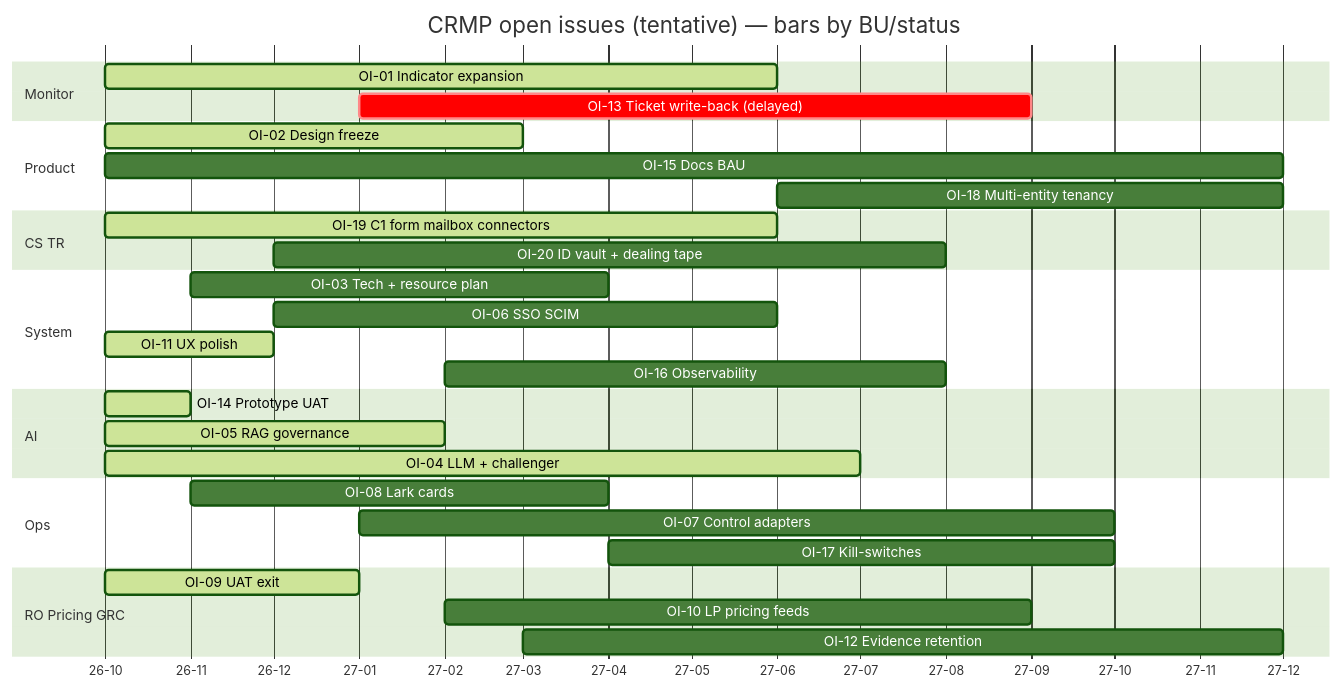
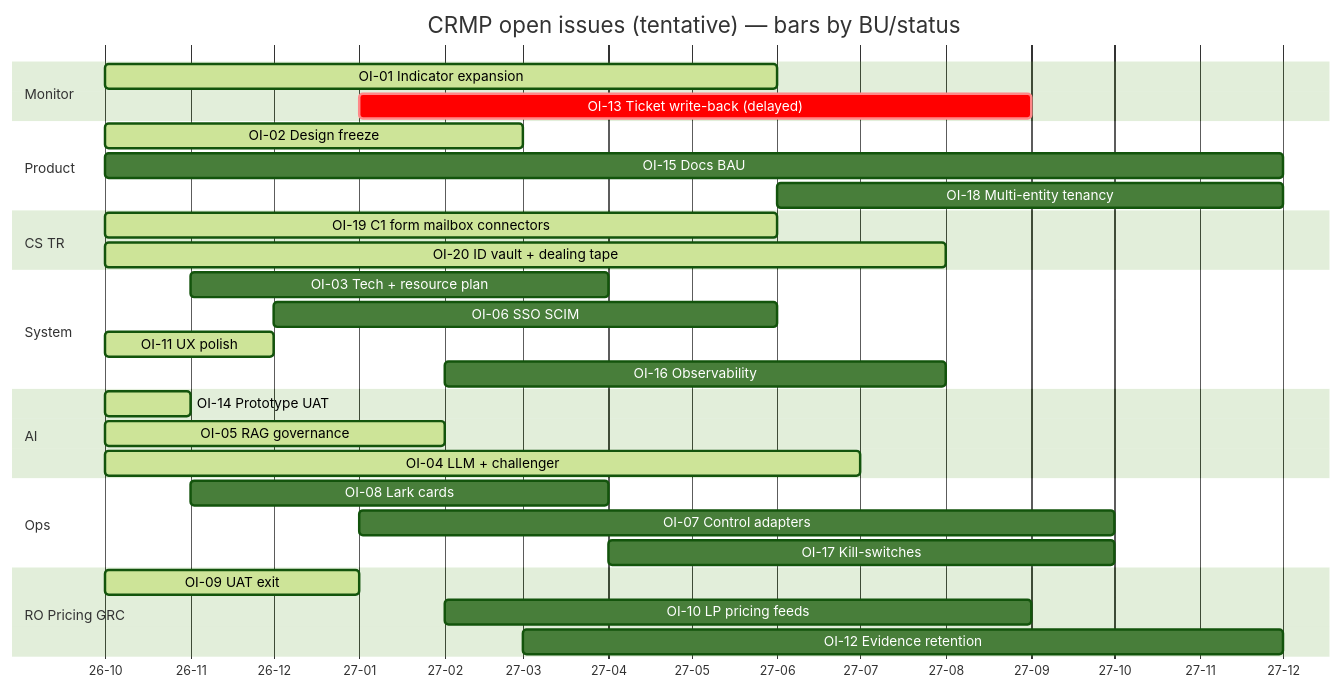
The diagram in platform/docs/PROGRESS.md (hxyan2020/PRD), drawn with Mermaid (forest theme) before and after one commit. The commit also changed other lines of this file and 16 other files, not shown here.

````diff
--- a/platform/docs/PROGRESS.md
+++ b/platform/docs/PROGRESS.md
@@ -43,33 +43,33 @@
 ```mermaid
 gantt
   title CRMP open issues (tentative) — bars by BU/status
   dateFormat YYYY-MM
   axisFormat %y-%m
   section Monitor
   OI-01 Indicator expansion           :active, 2026-10, 2027-06
   OI-13 Ticket write-back (delayed)   :crit, 2027-01, 2027-09
   section Product
   OI-02 Design freeze                 :active, 2026-10, 2027-03
   OI-15 Docs BAU                      :2026-10, 2027-12
   OI-18 Multi-entity tenancy          :2027-06, 2027-12
   section CS TR
   OI-19 C1 form mailbox connectors    :active, 2026-10, 2027-06
-  OI-20 ID vault + dealing tape       :2026-12, 2027-08
+  OI-20 ID vault + dealing tape       :active, 2026-10, 2027-08
   section System
   OI-03 Tech + resource plan          :2026-11, 2027-04
   OI-06 SSO SCIM                      :2026-12, 2027-06
   OI-11 UX polish                     :active, 2026-10, 2026-12
   OI-16 Observability                 :2027-02, 2027-08
   section AI
   OI-14 Prototype UAT                 :active, 2026-10, 2026-11
   OI-05 RAG governance                :active, 2026-10, 2027-02
   OI-04 LLM + challenger              :active, 2026-10, 2027-07
   section Ops
   OI-08 Lark cards                    :2026-11, 2027-04
   OI-07 Control adapters              :2027-01, 2027-10
   OI-17 Kill-switches                 :2027-04, 2027-10
   section RO Pricing GRC
   OI-09 UAT exit                      :active, 2026-10, 2027-01
   OI-10 LP pricing feeds              :2027-02, 2027-09
   OI-12 Evidence retention            :2027-03, 2027-12
 ```
````
